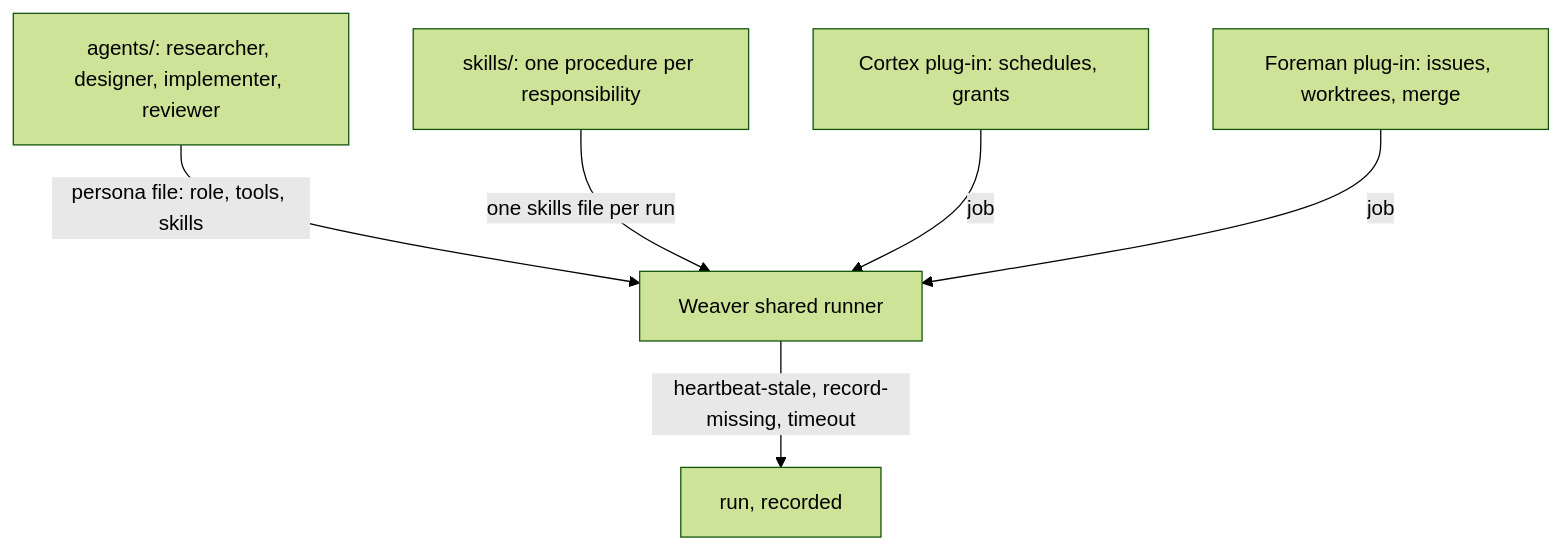
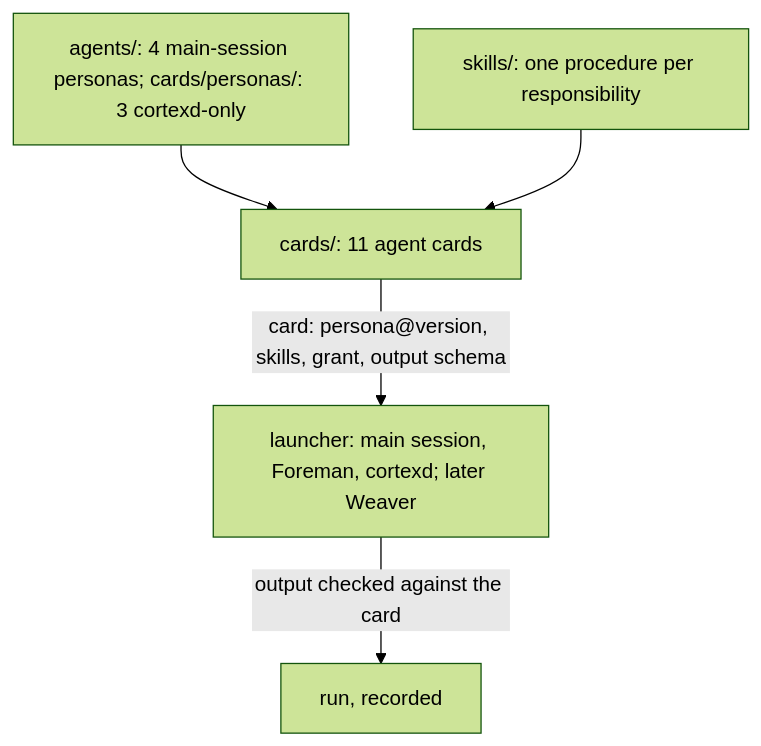
The second of 3 diagrams in docs/work/agent-consolidation/README.md (sibulus13/claudence), drawn with Mermaid (forest theme) before and after one commit. The commit also changed other lines of this file and 1 other file, not shown here.

First line of the commit message:
docs: agent-consolidation merges the card plan; 11 cards on 7 personas, grants per card, design review pass

````diff
--- a/docs/work/agent-consolidation/README.md
+++ b/docs/work/agent-consolidation/README.md
@@ -27,8 +27,7 @@
 ```mermaid
 flowchart TD
-  P[agents/: researcher, designer, implementer, reviewer] -->|persona file: role, tools, skills| WV[Weaver shared runner]
-  S[skills/: one procedure per responsibility] -->|one skills file per run| WV
-  CP[Cortex plug-in: schedules, grants] -->|job| WV
-  FP[Foreman plug-in: issues, worktrees, merge] -->|job| WV
-  WV -->|heartbeat-stale, record-missing, timeout| R[run, recorded]
+  P[agents/: 4 main-session personas; cards/personas/: 3 cortexd-only] --> K[cards/: 11 agent cards]
+  S[skills/: one procedure per responsibility] --> K
+  K -->|card: persona@version, skills, grant, output schema| L[launcher: main session, Foreman, cortexd; later Weaver]
+  L -->|output checked against the card| R[run, recorded]
 ```
````
